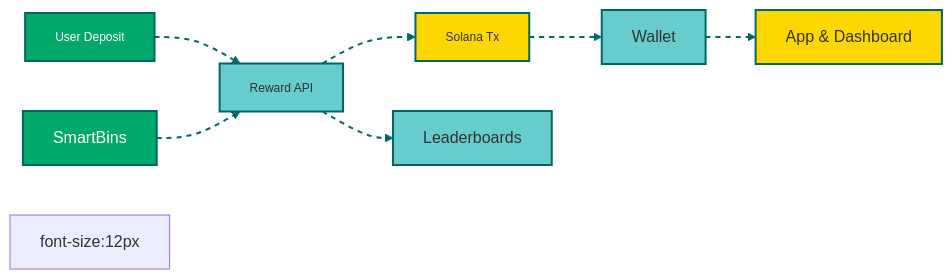
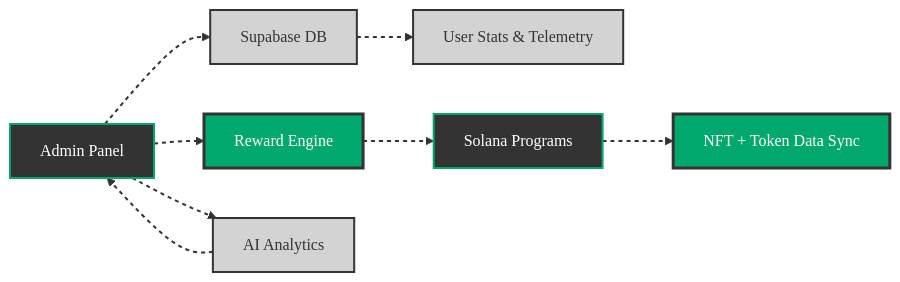
Before and after one commit to PolymersNetwork/polymers-protocol: the second of 5 diagrams in apps/README.md, drawn with Mermaid. The commit also changed other lines of this file, not shown here.

````diff
--- a/apps/README.md
+++ b/apps/README.md
@@ -154,19 +102,29 @@
 ```mermaid
-graph LR
-  A[User Deposit]:::user --> B[Reward API]:::api
-  B --> C[Solana Tx]:::solana
-  C --> D[Wallet]:::wallet
-  D --> E[App & Dashboard]:::frontend
-  B --> F[Leaderboards]:::leaderboard
-  G[SmartBins]:::smartbin --> B
+flowchart LR
+  A[Admin Panel]:::black --> B[Supabase DB]:::gray
+  A --> C[Reward Engine]:::green
+  A --> D[AI Analytics]:::gray
+  B --> E[User Stats & Telemetry]:::gray
+  C --> F[Solana Programs]:::black
+  F --> G[NFT + Token Data Sync]:::green
+  D --> A
+
+  %% Clickable Nodes
+  click A "https://docs.polymers.network/admin-panel" "Admin Panel Guide"
+  click B "https://supabase.com/docs" "Supabase DB Docs"
+  click C "https://docs.polymers.network/reward-engine" "Reward Engine Docs"
+  click D "https://docs.polymers.network/ai-analytics" "AI Analytics Docs"
+  click E "https://docs.polymers.network/user-stats" "User Stats & Telemetry Docs"
+  click F "https://solanapay.com/docs" "Solana Programs Docs"
+  click G "https://docs.polymers.network/data-sync" "NFT & Token Sync Docs"
 
   %% Styling
-  classDef user fill:#00A86B,stroke:#006666,stroke-width:2px,color:#FFFFFF,border-radius:10px,font-size:12px;
-  classDef api fill:#66CCCC,stroke:#006666,stroke-width:2px,color:#333333,border-radius:10px,font-size:12px;
-  classDef solana fill:#FFD700,stroke:#006666,stroke-width:2px,color:#333333,border-radius:10px,font-size:12px;
-  classDef wallet fill:#66CCCC,stroke:#006666,stroke-width:2px,color:#333333,border-radius:10px;font-size:12px;
-  classDef frontend fill:#FFD700,stroke:#006666,stroke-width:2px,color:#333333,border-radius:10px;font-size:12px;
-  classDef smartbin fill:#00A86B,stroke:#006666,stroke-width:2px,color:#FFFFFF,border-radius:10px;font-size:12px;
-  classDef leaderboard fill:#66CCCC,stroke:#006666,stroke-width:2px,color:#333333,border-radius:10px;font-size:12px;
-  linkStyle default stroke:#006666,stroke-width:2px,color:#333333,stroke-dasharray:5,5;
+  classDef green fill:#00A86B,stroke:#333333,stroke-width:2px,color:#fff,font-family:Satoshi;
+  classDef gray fill:#D3D3D3,stroke:#333333,stroke-width:2px,color:#333,font-family:Satoshi;
+  classDef black fill:#333333,stroke:#00A86B,stroke-width:2px,color:#fff,font-family:Satoshi;
+  classDef active fill:#00A86B,stroke:#333333,stroke-width:3px,color:#fff,font-family:Satoshi;
+  linkStyle default stroke:#333,stroke-width:2px,stroke-dasharray:4,4;
+
+  %% Conditional Styling
+  class C,G active
 ```
````
